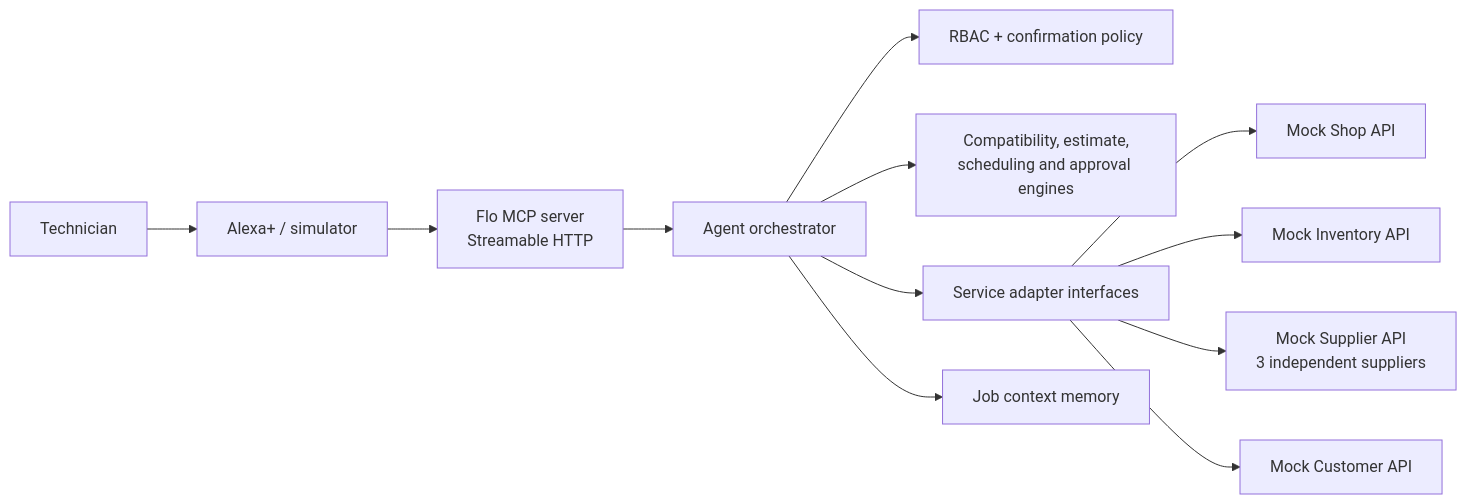
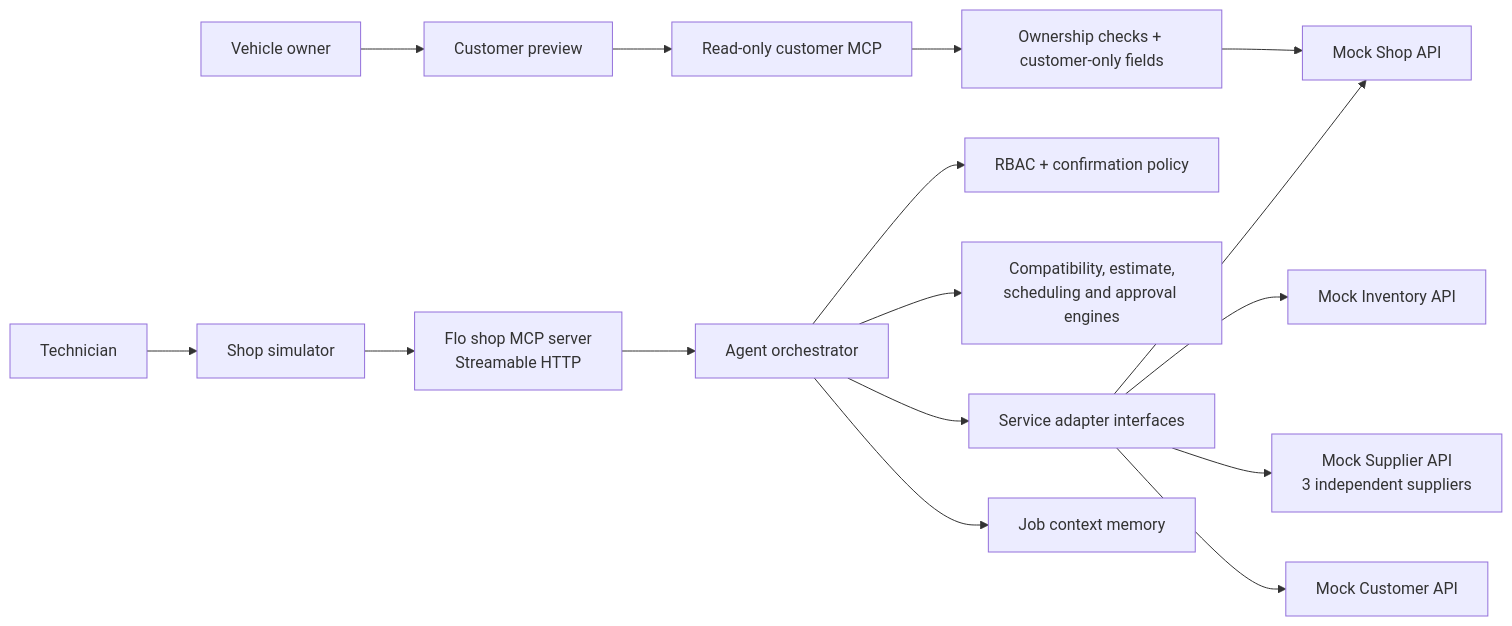
Before and after one commit to agammann/flo: the first of 2 diagrams in README.md, drawn with Mermaid. The commit also changed other lines of this file and 188 other files, not shown here.

````diff
--- a/README.md
+++ b/README.md
@@ -34,14 +50,18 @@
 ```mermaid
 flowchart LR
-  Technician[Technician] --> Alexa[Alexa+ / simulator]
-  Alexa --> MCP[Flo MCP server\nStreamable HTTP]
+  Owner[Vehicle owner] --> Preview[Customer preview]
+  Preview --> CustomerMCP[Read-only customer MCP]
+  CustomerMCP --> Projection[Ownership checks + customer-only fields]
+  Projection --> Shop
+  Technician[Technician] --> Simulator[Shop simulator]
+  Simulator --> MCP[Flo shop MCP server\nStreamable HTTP]
   MCP --> Agent[Agent orchestrator]
   Agent --> Policy[RBAC + confirmation policy]
   Agent --> Engines[Compatibility, estimate,\nscheduling and approval engines]
   Agent --> Adapters[Service adapter interfaces]
   Adapters --> Shop[Mock Shop API]
   Adapters --> Inventory[Mock Inventory API]
   Adapters --> Suppliers[Mock Supplier API\n3 independent suppliers]
   Adapters --> Customer[Mock Customer API]
   Agent --> Memory[Job context memory]
 ```
````
